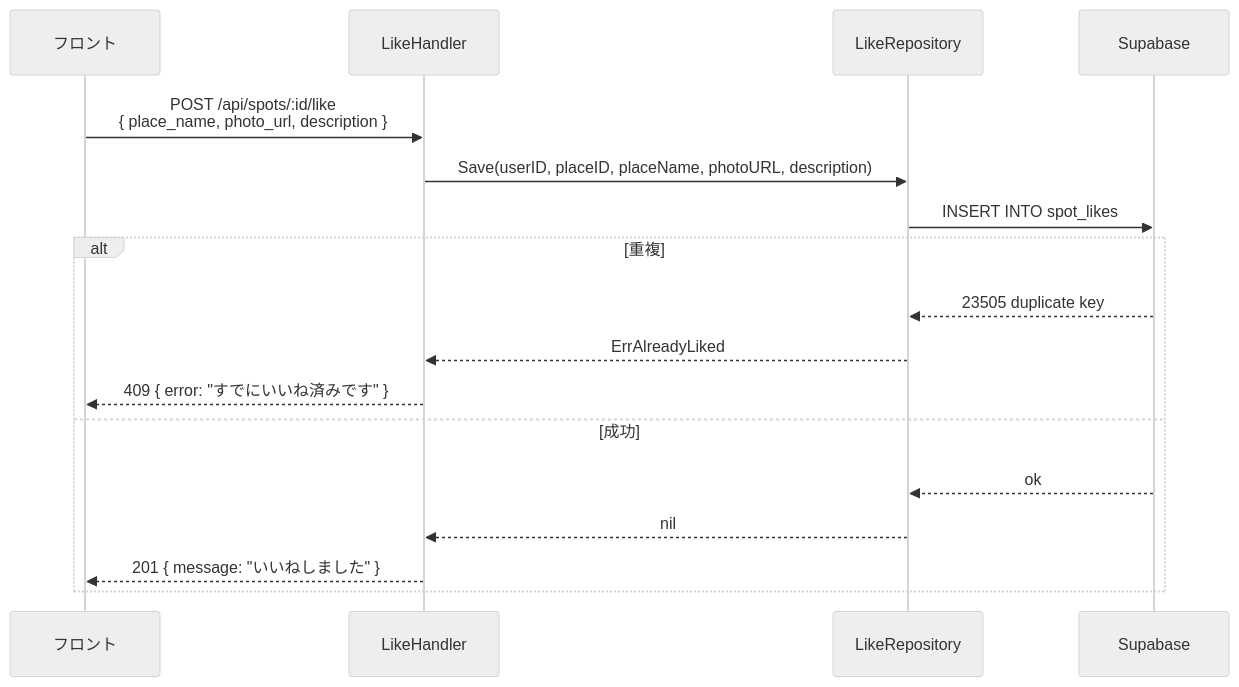
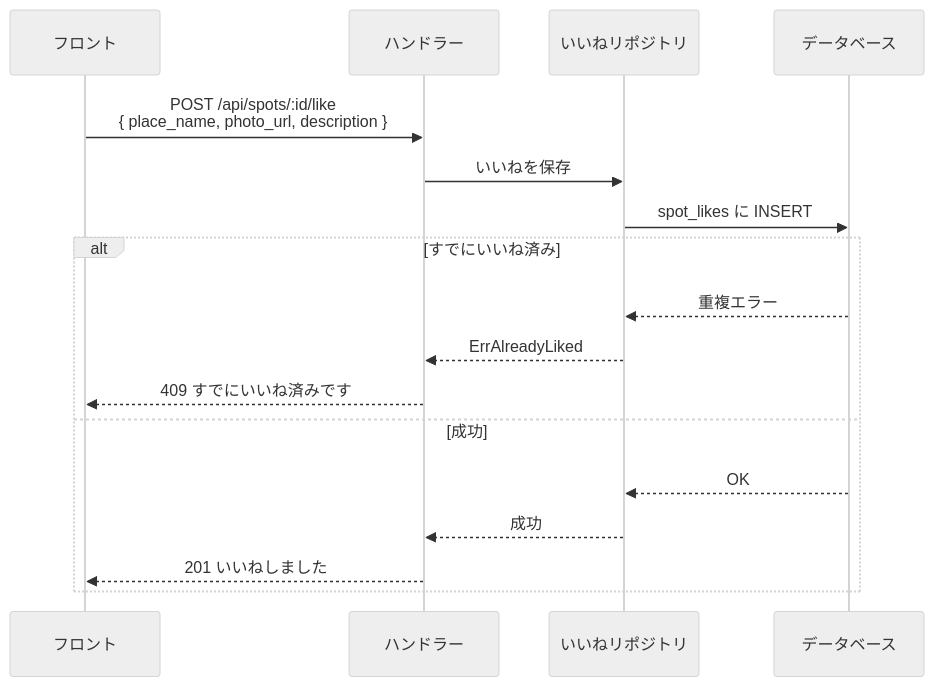
The second of 6 diagrams in docs/sequence.md (y08416/sukima-trip-backend), drawn with Mermaid (neutral theme) before and after one commit. The commit also changed other lines of this file, not shown here.

Commit message:
docs: シーケンス図を日本語表記に統一して見やすくする

````diff
--- a/docs/sequence.md
+++ b/docs/sequence.md
@@ -31,20 +34,21 @@
 ```mermaid
 sequenceDiagram
-    participant F as フロント
-    participant H as LikeHandler
-    participant R as LikeRepository
-    participant DB as Supabase
+    participant フロント
+    participant ハンドラー
+    participant いいねリポジトリ
+    participant DB as データベース
 
-    F->>H: POST /api/spots/:id/like<br/>{ place_name, photo_url, description }
-    H->>R: Save(userID, placeID, placeName, photoURL, description)
-    R->>DB: INSERT INTO spot_likes
-    alt 重複
-        DB-->>R: 23505 duplicate key
-        R-->>H: ErrAlreadyLiked
-        H-->>F: 409 { error: "すでにいいね済みです" }
+    フロント->>ハンドラー: POST /api/spots/:id/like<br/>{ place_name, photo_url, description }
+    ハンドラー->>いいねリポジトリ: いいねを保存
+    いいねリポジトリ->>DB: spot_likes に INSERT
+
+    alt すでにいいね済み
+        DB-->>いいねリポジトリ: 重複エラー
+        いいねリポジトリ-->>ハンドラー: ErrAlreadyLiked
+        ハンドラー-->>フロント: 409 すでにいいね済みです
     else 成功
-        DB-->>R: ok
-        R-->>H: nil
-        H-->>F: 201 { message: "いいねしました" }
+        DB-->>いいねリポジトリ: OK
+        いいねリポジトリ-->>ハンドラー: 成功
+        ハンドラー-->>フロント: 201 いいねしました
     end
 ```
````
